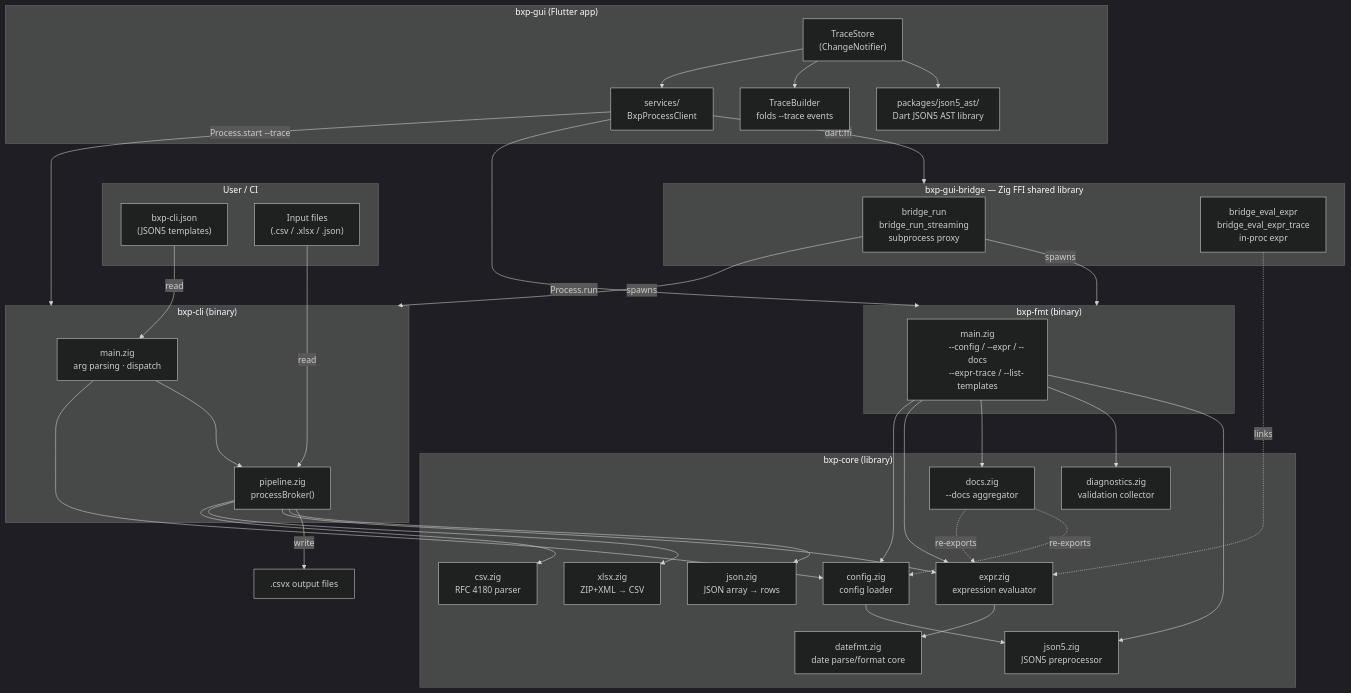
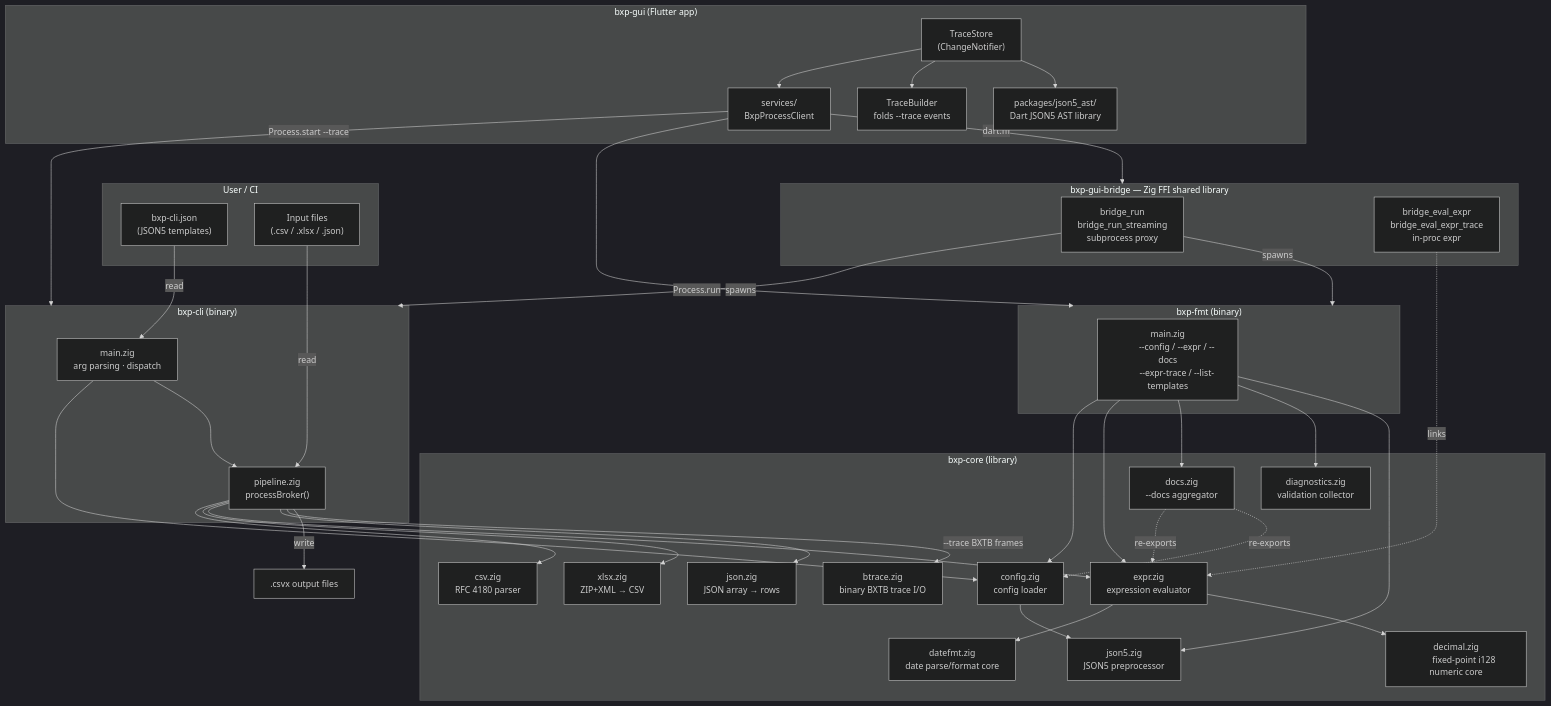
One commit to zaxified/bxp changed the first of 16 diagrams in docs/architecture.md. Above: the diagram before and after it, drawn with Mermaid (dark theme). The commit also changed other lines of this file and 12 other files, not shown here.

```diff
--- a/docs/architecture.md
+++ b/docs/architecture.md
@@ -77,6 +77,10 @@
         expression evaluator"]
         DATEFMT["datefmt.zig
         date parse/format core"]
+        DECIMAL["decimal.zig
+        fixed-point i128 numeric core"]
+        BTRACE["btrace.zig
+        binary BXTB trace I/O"]
         CFG2["config.zig
         config loader"]
         JSON["json.zig
@@ -99,6 +103,8 @@
     PIPE --> JSON
     CFG2 --> JSON5
     EXPR --> DATEFMT
+    EXPR --> DECIMAL
+    PIPE -->|--trace BXTB frames| BTRACE
     PIPE -->|write| OUT[".csvx output files"]
 
     FMTMAIN --> CFG2
```
